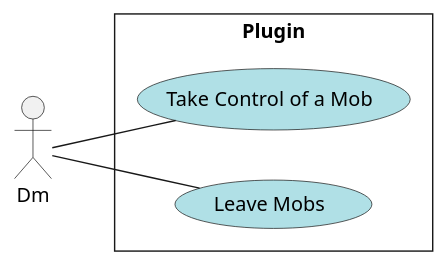
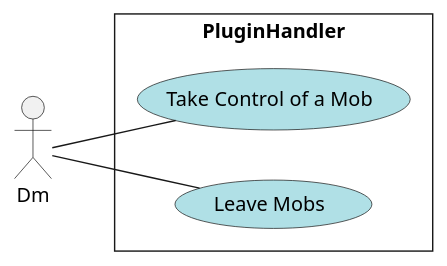
Before and after one commit to Jean-Lamarre/Johnytech6s_Plugin: the diagram in docs/Model/dcu-control-mobs.plantuml, drawn with PlantUML. The commit also changed 1 other file, not shown here.

Commit message:
Change Plugin to PLuginHandle in diagram

```diff
--- a/docs/Model/dcu-control-mobs.plantuml
+++ b/docs/Model/dcu-control-mobs.plantuml
@@ -1,13 +1,13 @@
 @startuml
 left to right direction
 skinparam style strictuml
 skinparam packageStyle rect
 skinparam defaultfontname Verdana
 actor Dm as dm
-rectangle "Plugin" {
+rectangle "PluginHandler" {
   (Take Control of a Mob) as JP #PowderBlue
   (Leave Mobs) as R #PowderBlue
   dm -- JP
   dm -- R
 }
 @enduml
```
